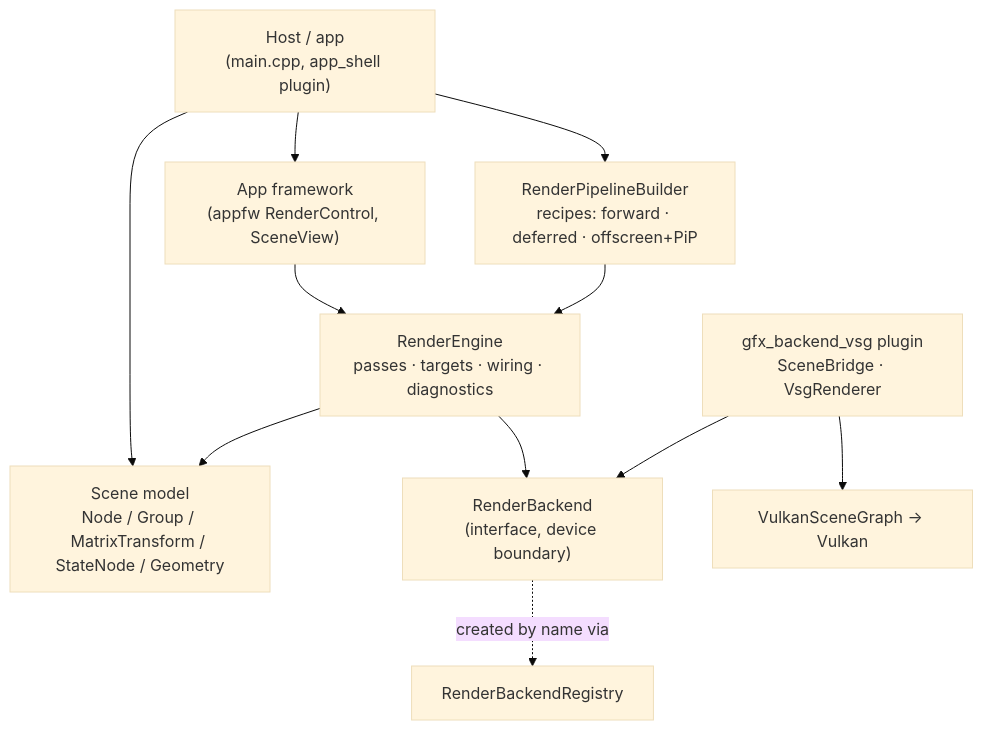
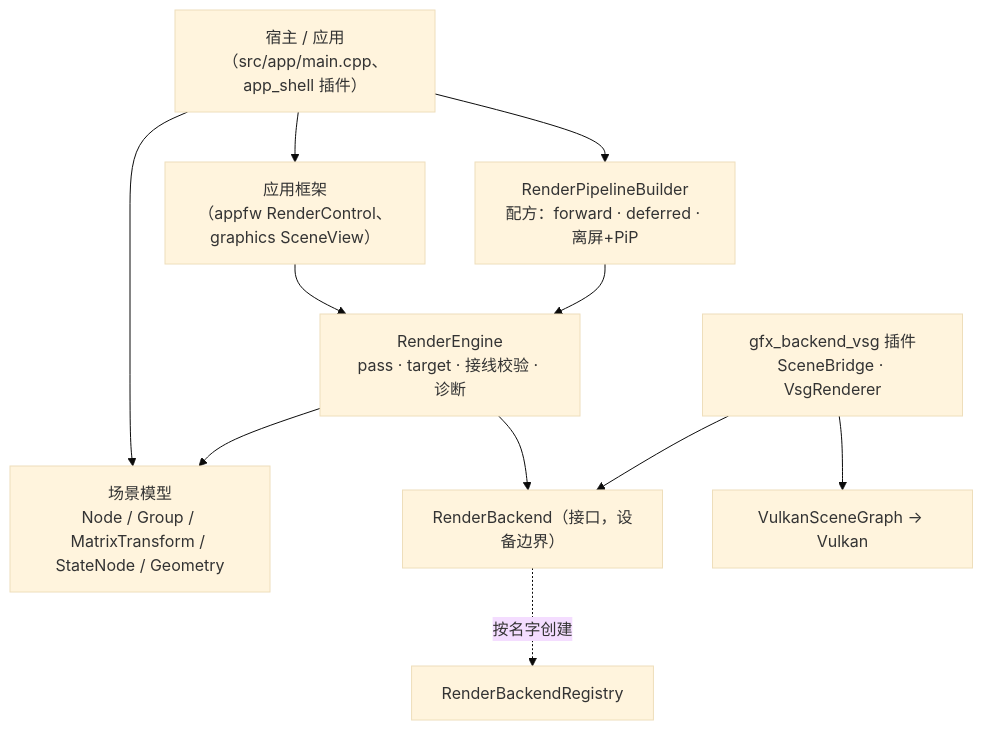
The diagram in src/viz/graphics/docs/usage.md (lonelyong/Vine), drawn with Mermaid (base theme) before and after one commit. The commit also changed other lines of this file and 2 other files, not shown here.

First line of the commit message:
docs/gfx_backend_vsg：新增后端运行时说明 docs/backend.md（数据流 / 生命周期 / 调用次数 / 更新策略）

````diff
--- a/src/viz/graphics/docs/usage.md
+++ b/src/viz/graphics/docs/usage.md
@@ -16,20 +15,20 @@
 ```mermaid
 graph TB
-    Host["Host / app<br/>(main.cpp, app_shell plugin)"]
-    UI["App framework<br/>(appfw RenderControl, SceneView)"]
-    Engine["RenderEngine<br/>passes · targets · wiring · diagnostics"]
-    Scene["Scene model<br/>Node / Group / MatrixTransform / StateNode / Geometry"]
-    Builder["RenderPipelineBuilder<br/>recipes: forward · deferred · offscreen+PiP"]
-    BackendIface["RenderBackend<br/>(interface, device boundary)"]
-    Plugin["gfx_backend_vsg plugin<br/>SceneBridge · VsgRenderer"]
+    Host["宿主 / 应用<br/>（src/app/main.cpp、app_shell 插件）"]
+    UI["应用框架<br/>（appfw RenderControl、graphics SceneView）"]
+    Engine["RenderEngine<br/>pass · target · 接线校验 · 诊断"]
+    Scene["场景模型<br/>Node / Group / MatrixTransform / StateNode / Geometry"]
+    Builder["RenderPipelineBuilder<br/>配方：forward · deferred · 离屏+PiP"]
+    BackendIface["RenderBackend（接口，设备边界）"]
+    Plugin["gfx_backend_vsg 插件<br/>SceneBridge · VsgRenderer"]
     VSG["VulkanSceneGraph → Vulkan"]
 
     Host --> UI --> Engine
     Host --> Scene
     Host --> Builder --> Engine
     Engine --> Scene
     Engine --> BackendIface
-    BackendIface -. created by name via .-> Registry["RenderBackendRegistry"]
+    BackendIface -. 按名字创建 .-> Registry["RenderBackendRegistry"]
     Plugin --> BackendIface
     Plugin --> VSG
 ```
````
